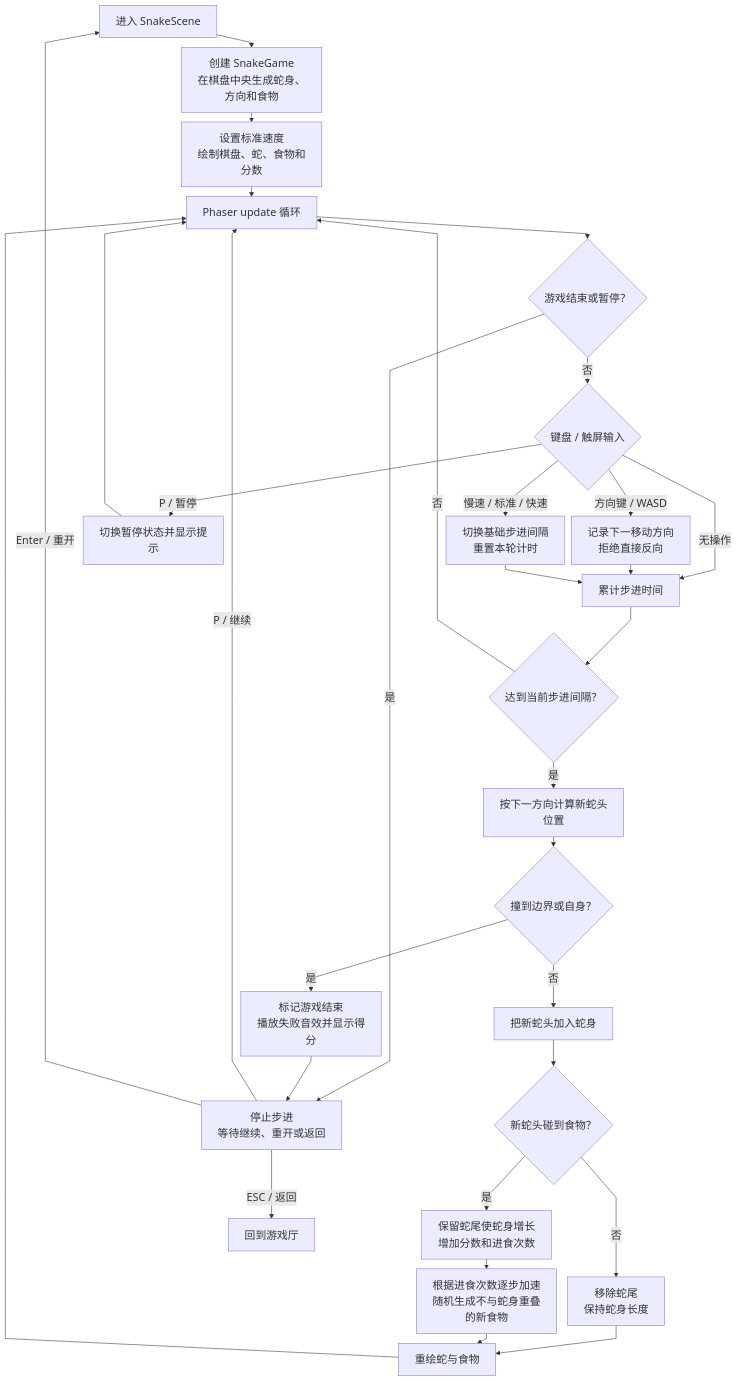
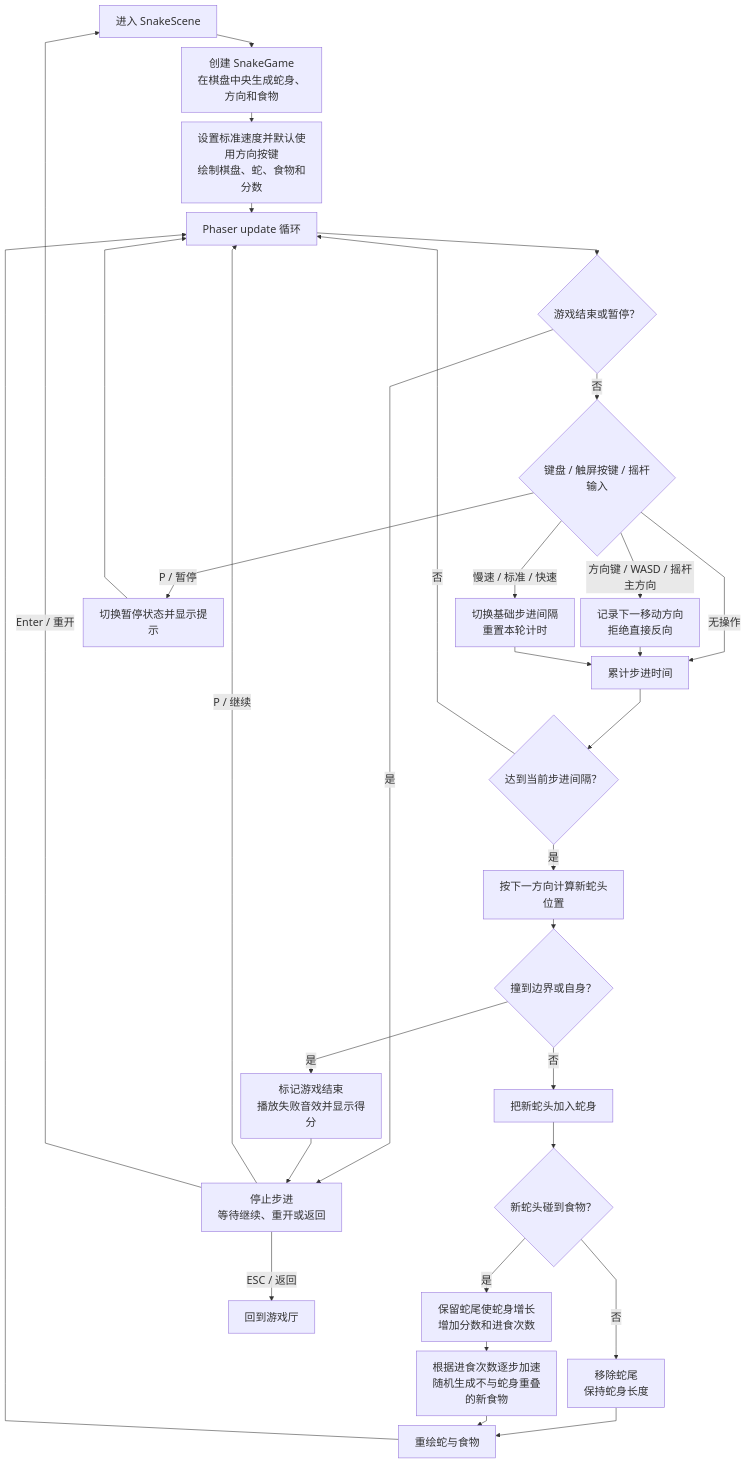
Before and after one commit to hdwang123/sgame: the third of 4 diagrams in README.md, drawn with Mermaid. The commit also changed other lines of this file, not shown here.

Commit message:
docs: update game flowcharts

````diff
--- a/README.md
+++ b/README.md
@@ -162,37 +175,37 @@
 ```mermaid
 %%{init: {"flowchart": {"nodeSpacing": 12, "rankSpacing": 18, "curve": "linear"}, "themeVariables": {"fontSize": "20px"}}}%%
 flowchart TB
   START["进入 SnakeScene"] --> INIT["创建 SnakeGame<br/>在棋盘中央生成蛇身、方向和食物"]
-  INIT --> SPEED["设置标准速度<br/>绘制棋盘、蛇、食物和分数"]
+  INIT --> SPEED["设置标准速度并默认使用方向按键<br/>绘制棋盘、蛇、食物和分数"]
   SPEED --> LOOP["Phaser update 循环"]
 
   LOOP --> STATE{"游戏结束或暂停？"}
   STATE -->|"是"| WAIT["停止步进<br/>等待继续、重开或返回"]
-  STATE -->|"否"| INPUT{"键盘 / 触屏输入"}
-  INPUT -->|"方向键 / WASD"| TURN["记录下一移动方向<br/>拒绝直接反向"]
+  STATE -->|"否"| INPUT{"键盘 / 触屏按键 / 摇杆输入"}
+  INPUT -->|"方向键 / WASD / 摇杆主方向"| TURN["记录下一移动方向<br/>拒绝直接反向"]
   INPUT -->|"慢速 / 标准 / 快速"| SET_SPEED["切换基础步进间隔<br/>重置本轮计时"]
   INPUT -->|"P / 暂停"| PAUSE["切换暂停状态并显示提示"]
   INPUT -->|"无操作"| TIMER["累计步进时间"]
   TURN --> TIMER
   SET_SPEED --> TIMER
   PAUSE --> LOOP
 
   TIMER --> READY{"达到当前步进间隔？"}
   READY -->|"否"| LOOP
   READY -->|"是"| HEAD["按下一方向计算新蛇头位置"]
   HEAD --> COLLISION{"撞到边界或自身？"}
   COLLISION -->|"是"| GAME_OVER["标记游戏结束<br/>播放失败音效并显示得分"]
   COLLISION -->|"否"| ADVANCE["把新蛇头加入蛇身"]
   ADVANCE --> EAT{"新蛇头碰到食物？"}
   EAT -->|"否"| TAIL["移除蛇尾<br/>保持蛇身长度"]
   EAT -->|"是"| GROW["保留蛇尾使蛇身增长<br/>增加分数和进食次数"]
   GROW --> ACCELERATE["根据进食次数逐步加速<br/>随机生成不与蛇身重叠的新食物"]
   TAIL --> REDRAW["重绘蛇与食物"]
   ACCELERATE --> REDRAW
   REDRAW --> LOOP
 
   GAME_OVER --> WAIT
   WAIT -->|"P / 继续"| LOOP
   WAIT -->|"Enter / 重开"| START
   WAIT -->|"ESC / 返回"| MENU["回到游戏厅"]
 ```
````
